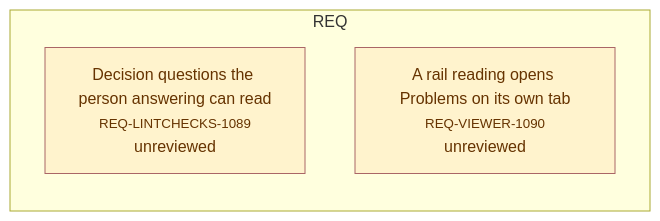
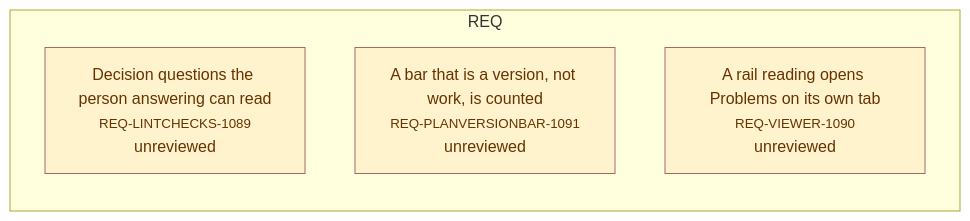
One commit to alxmax/Requirement-manager changed the fourth of 4 diagrams in plugin/requirements/_map.md. Above: the diagram before and after it, drawn with Mermaid. The commit also changed other lines of this file and 43 other files, not shown here.

````diff
--- a/plugin/requirements/_map.md
+++ b/plugin/requirements/_map.md
@@ -1091,9 +1098,11 @@
 ```mermaid
 graph LR
   subgraph sg_REQ["REQ"]
     REQ_LINTCHECKS_1089["Decision questions the person answering can read<br><small>REQ-LINTCHECKS-1089</small><br>unreviewed"]
+    REQ_PLANVERSIONBAR_1091["A bar that is a version, not work, is counted<br><small>REQ-PLANVERSIONBAR-1091</small><br>unreviewed"]
     REQ_VIEWER_1090["A rail reading opens Problems on its own tab<br><small>REQ-VIEWER-1090</small><br>unreviewed"]
   end
   style REQ_LINTCHECKS_1089 fill:#fff3cd,stroke:#a66,color:#630
+  style REQ_PLANVERSIONBAR_1091 fill:#fff3cd,stroke:#a66,color:#630
   style REQ_VIEWER_1090 fill:#fff3cd,stroke:#a66,color:#630
 ```
````
